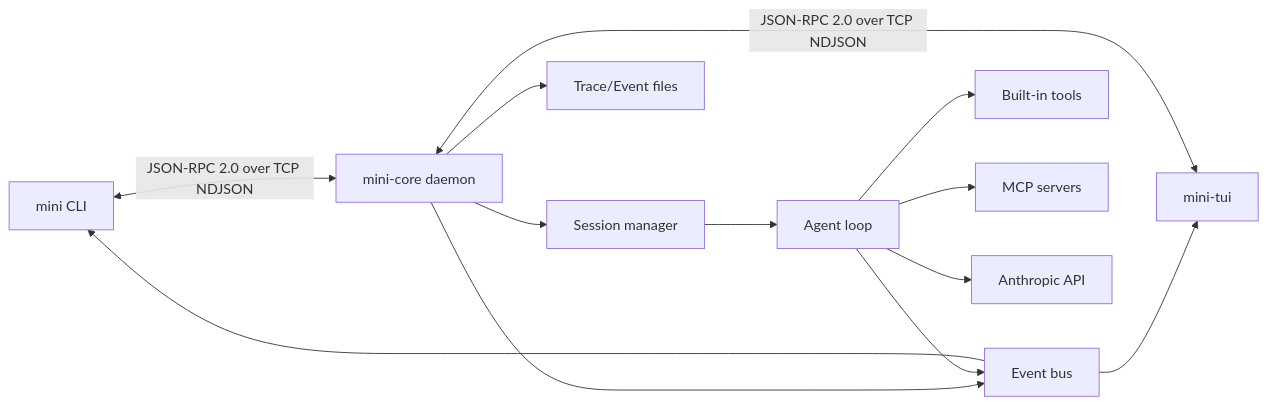
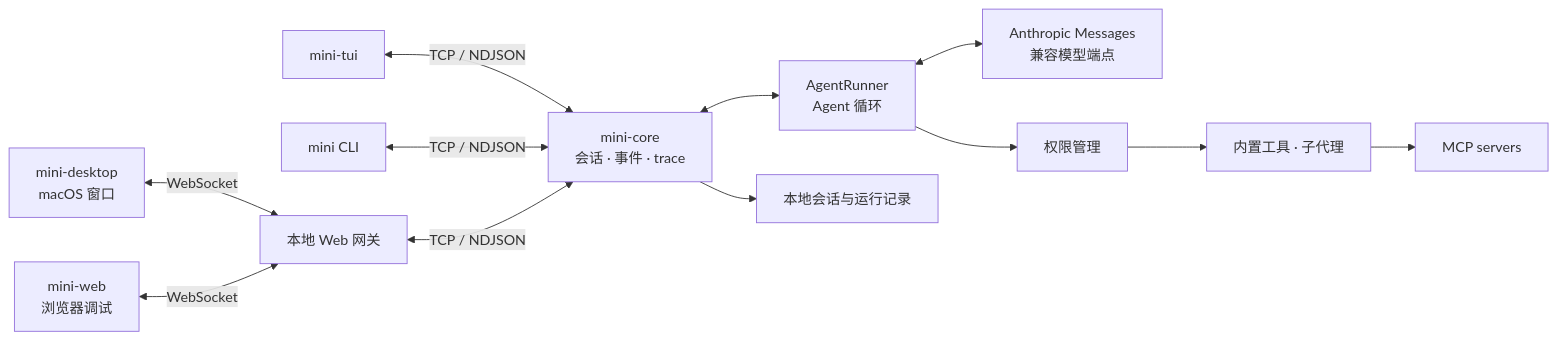
The diagram in README.md (zmylol/MiniClaude), drawn with Mermaid before and after one commit. The commit also changed other lines of this file, not shown here.

````diff
--- a/README.md
+++ b/README.md
@@ -259,27 +200,27 @@
 ```mermaid
 flowchart LR
+    TUI["mini-tui"]
     CLI["mini CLI"]
-    TUI["mini-tui"]
-    Core["mini-core daemon"]
-    Bus["Event bus"]
-    Sessions["Session manager"]
-    Runner["Agent loop"]
-    Tools["Built-in tools"]
+    Desktop["mini-desktop<br/>macOS 窗口"]
+    Web["mini-web<br/>浏览器调试"]
+    Gateway["本地 Web 网关"]
+    Core["mini-core<br/>会话 · 事件 · trace"]
+    Runner["AgentRunner<br/>Agent 循环"]
+    Model["Anthropic Messages<br/>兼容模型端点"]
+    Permission["权限管理"]
+    Tools["内置工具 · 子代理"]
     MCP["MCP servers"]
-    Anthropic["Anthropic API"]
-    Trace["Trace/Event files"]
+    Store["本地会话与运行记录"]
 
-    CLI <-->|JSON-RPC 2.0 over TCP NDJSON| Core
-    TUI <-->|JSON-RPC 2.0 over TCP NDJSON| Core
-
-    Core --> Bus
-    Core --> Sessions
-    Core --> Trace
-    Sessions --> Runner
-    Runner --> Tools
-    Runner --> MCP
-    Runner --> Anthropic
-    Runner --> Bus
-    Bus --> CLI
-    Bus --> TUI
+    TUI <-->|TCP / NDJSON| Core
+    CLI <-->|TCP / NDJSON| Core
+    Desktop <-->|WebSocket| Gateway
+    Web <-->|WebSocket| Gateway
+    Gateway <-->|TCP / NDJSON| Core
+    Core <--> Runner
+    Runner <--> Model
+    Runner --> Permission
+    Permission --> Tools
+    Tools --> MCP
+    Core --> Store
 ```
````
